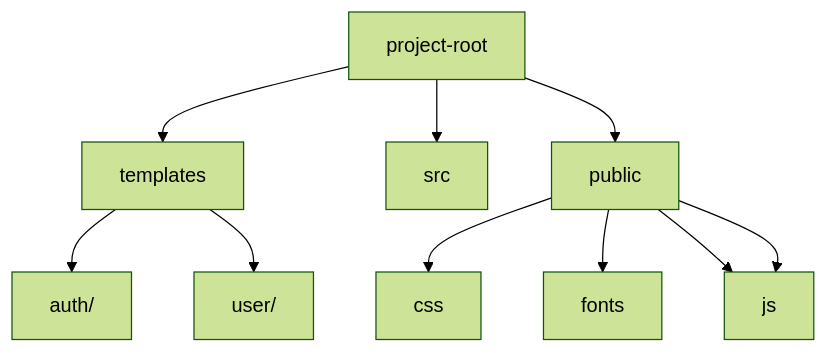
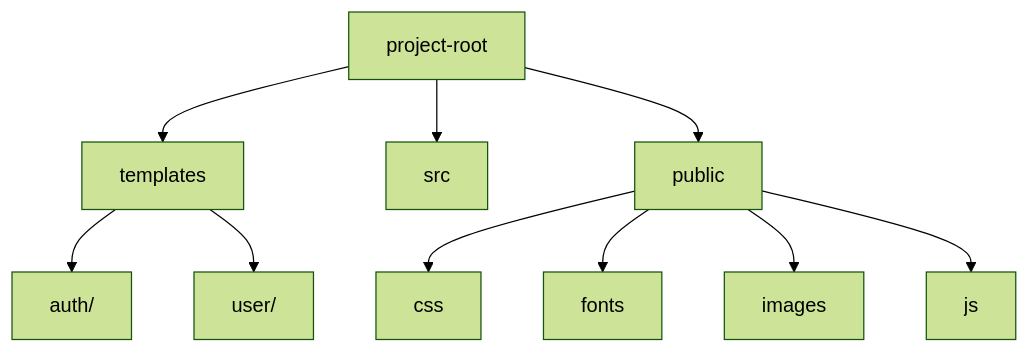
One commit to markbuckle/health-tracker changed the diagram in README.md. Above: the diagram before and after it, drawn with Mermaid (forest theme).

````diff
--- a/README.md
+++ b/README.md
@@ -58,13 +58,13 @@
 ```mermaid
 graph TD;
     A[project-root] --> B[templates]
     A --> C[src]
     A --> D[public]
 
     B --> B1[auth/]
     B --> B2[user/]
     D --> D1[css]
     D --> D2[fonts]
     D --> D3[images]
-    D --> D3[js]
+    D --> D4[js]
 ```
````
